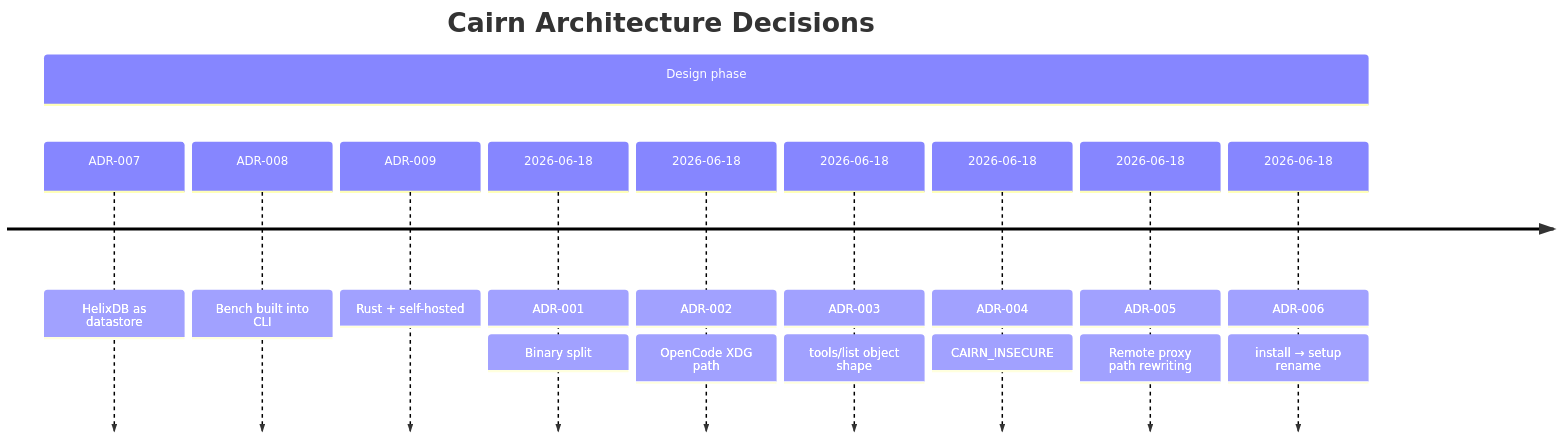
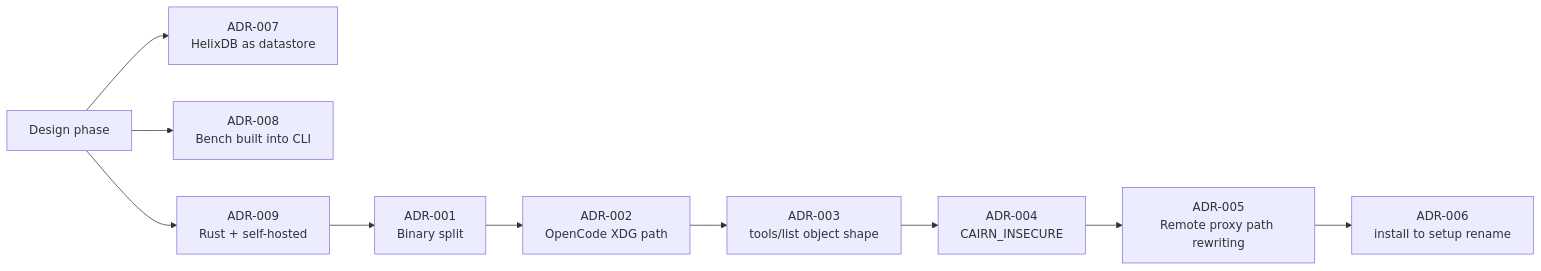
One commit to Vellixia/cairn changed the diagram in docs/DECISIONS.md. Above: the diagram before and after it, drawn with Mermaid. The commit also changed 5 other files, not shown here.

First line of the commit message:
fix: replace unsupported Mermaid diagram types for GitHub rendering

````diff
--- a/docs/DECISIONS.md
+++ b/docs/DECISIONS.md
@@ -5,14 +5,25 @@
 ```mermaid
-timeline
-    title Cairn Architecture Decisions
-    section Design phase
-        ADR-007 : HelixDB as datastore
-        ADR-008 : Bench built into CLI
-        ADR-009 : Rust + self-hosted
-    2026-06-18 : ADR-001 : Binary split
-    2026-06-18 : ADR-002 : OpenCode XDG path
-    2026-06-18 : ADR-003 : tools/list object shape
-    2026-06-18 : ADR-004 : CAIRN_INSECURE
-    2026-06-18 : ADR-005 : Remote proxy path rewriting
-    2026-06-18 : ADR-006 : install → setup rename
+graph LR
+    Design["Design phase"]
+    ADR007["ADR-007<br/>HelixDB as datastore"]
+    ADR008["ADR-008<br/>Bench built into CLI"]
+    ADR009["ADR-009<br/>Rust + self-hosted"]
+
+    ADR001["ADR-001<br/>Binary split"]
+    ADR002["ADR-002<br/>OpenCode XDG path"]
+    ADR003["ADR-003<br/>tools/list object shape"]
+    ADR004["ADR-004<br/>CAIRN_INSECURE"]
+    ADR005["ADR-005<br/>Remote proxy path rewriting"]
+    ADR006["ADR-006<br/>install to setup rename"]
+
+    Design --> ADR007
+    Design --> ADR008
+    Design --> ADR009
+
+    ADR009 --> ADR001
+    ADR001 --> ADR002
+    ADR002 --> ADR003
+    ADR003 --> ADR004
+    ADR004 --> ADR005
+    ADR005 --> ADR006
 ```
````
